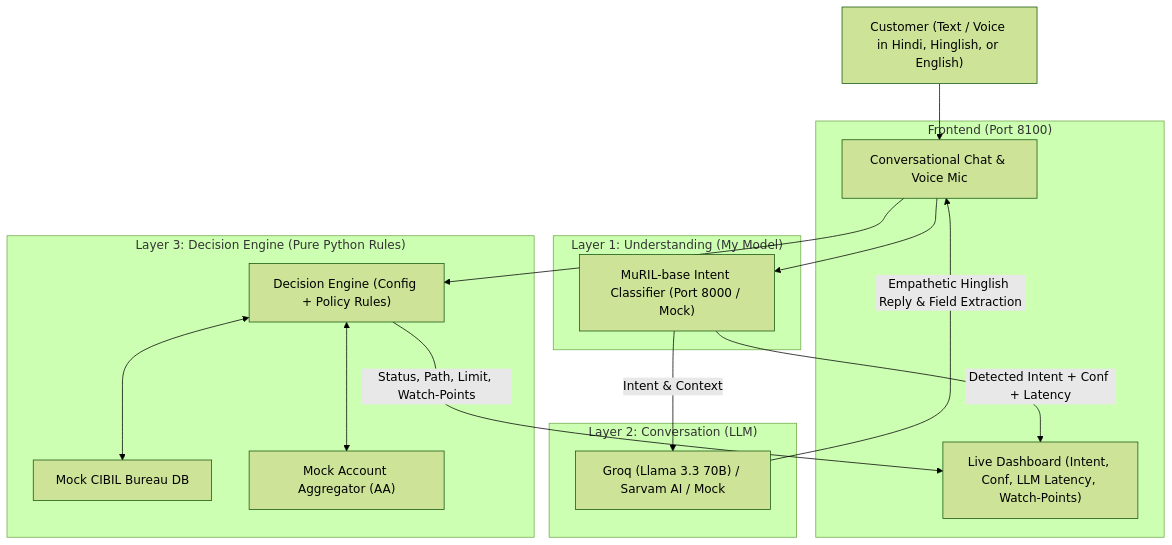
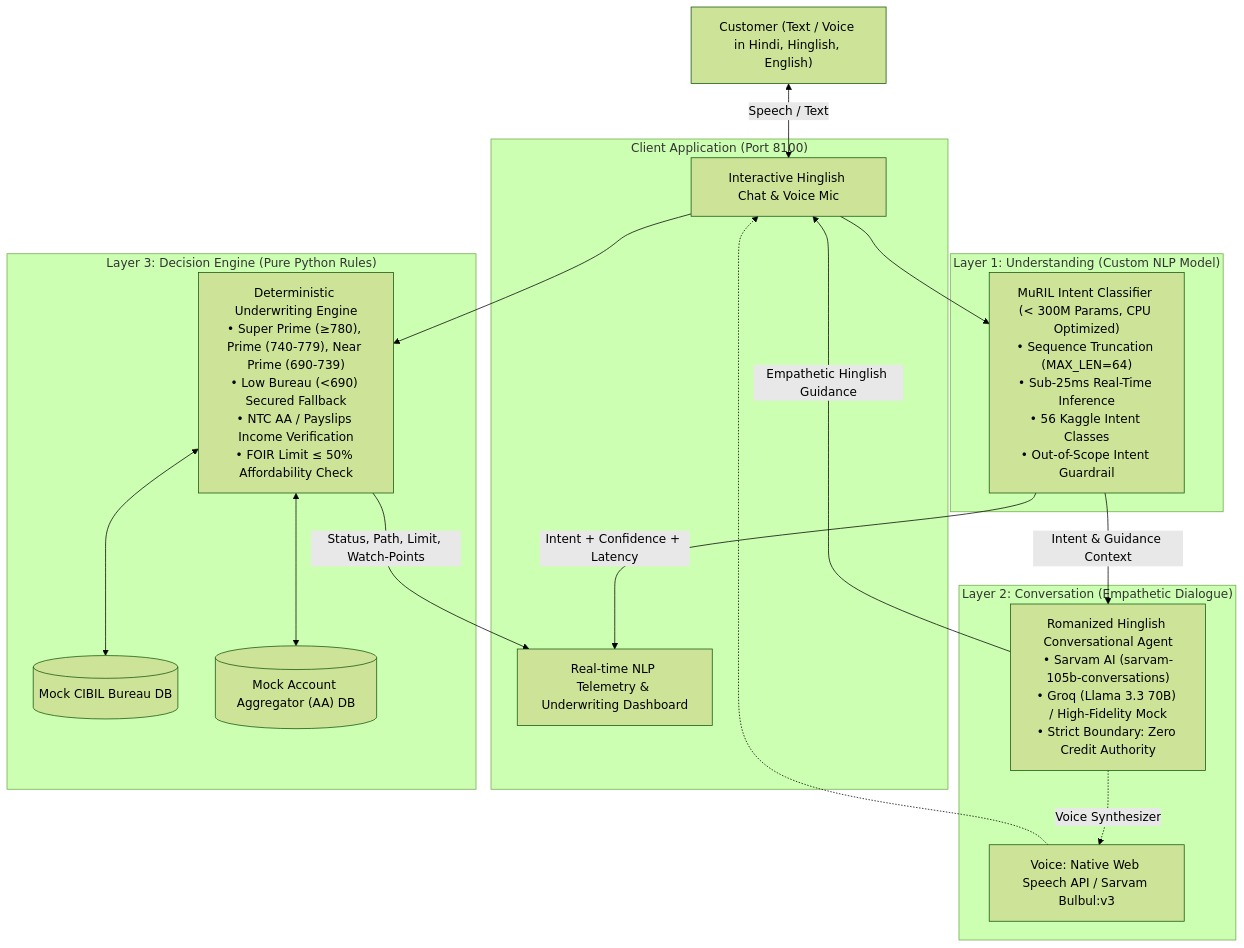
Before and after one commit to Jihaan-Jain/Anvesham: the diagram in README.md, drawn with Mermaid (forest theme). The commit also changed other lines of this file, not shown here.

Commit message:
docs: highlight custom NLP model utility and architectural value in README

````diff
--- a/README.md
+++ b/README.md
@@ -11,33 +23,35 @@
 ```mermaid
 flowchart TD
-    User["Customer (Text / Voice in Hindi, Hinglish, or English)"]
+    User["Customer (Text / Voice in Hindi, Hinglish, English)"]
     
-    subgraph UI ["Frontend (Port 8100)"]
-        ChatPane["Conversational Chat & Voice Mic"]
-        DashPane["Live Dashboard (Intent, Conf, LLM Latency, Watch-Points)"]
+    subgraph UI ["Client Application (Port 8100)"]
+        ChatPane["Interactive Hinglish Chat & Voice Mic"]
+        LiveDash["Real-time NLP Telemetry & Underwriting Dashboard"]
     end
 
-    subgraph Understanding ["Layer 1: Understanding (My Model)"]
-        IntentService["MuRIL-base Intent Classifier (Port 8000 / Mock)"]
+    subgraph Layer1 ["Layer 1: Understanding (Custom NLP Model)"]
+        NLPService["MuRIL Intent Classifier (< 300M Params, CPU Optimized)<br>• Sequence Truncation (MAX_LEN=64)<br>• Sub-25ms Real-Time Inference<br>• 56 Kaggle Intent Classes<br>• Out-of-Scope Intent Guardrail"]
     end
 
-    subgraph Conversation ["Layer 2: Conversation (LLM)"]
-        LLMProvider["Groq (Llama 3.3 70B) / Sarvam AI / Mock"]
+    subgraph Layer2 ["Layer 2: Conversation (Empathetic Dialogue)"]
+        LLMProvider["Romanized Hinglish Conversational Agent<br>• Sarvam AI (sarvam-105b-conversations)<br>• Groq (Llama 3.3 70B) / High-Fidelity Mock<br>• Strict Boundary: Zero Credit Authority"]
+        VoiceIO["Voice: Native Web Speech API / Sarvam Bulbul:v3"]
     end
 
-    subgraph Decision ["Layer 3: Decision Engine (Pure Python Rules)"]
-        RulesEngine["Decision Engine (Config + Policy Rules)"]
-        MockBureau["Mock CIBIL Bureau DB"]
-        MockAA["Mock Account Aggregator (AA)"]
+    subgraph Layer3 ["Layer 3: Decision Engine (Pure Python Rules)"]
+        RulesEngine["Deterministic Underwriting Engine<br>• Super Prime (≥780), Prime (740-779), Near Prime (690-739)<br>• Low Bureau (<690) Secured Fallback<br>• NTC AA / Payslips Income Verification<br>• FOIR Limit ≤ 50% Affordability Check"]
+        MockBureau[("Mock CIBIL Bureau DB")]
+        MockAA[("Mock Account Aggregator (AA) DB")]
     end
 
-    User --> ChatPane
-    ChatPane --> IntentService
-    IntentService -->|Detected Intent + Conf + Latency| DashPane
-    IntentService -->|Intent & Context| LLMProvider
-    LLMProvider -->|Empathetic Hinglish Reply & Field Extraction| ChatPane
+    User <-->|Speech / Text| ChatPane
+    ChatPane --> NLPService
+    NLPService -->|Intent + Confidence + Latency| LiveDash
+    NLPService -->|Intent & Guidance Context| LLMProvider
+    LLMProvider -->|Empathetic Hinglish Guidance| ChatPane
+    LLMProvider -.->|Voice Synthesizer| VoiceIO -.-> ChatPane
     ChatPane --> RulesEngine
     RulesEngine <--> MockBureau
     RulesEngine <--> MockAA
-    RulesEngine -->|Status, Path, Limit, Watch-Points| DashPane
+    RulesEngine -->|Status, Path, Limit, Watch-Points| LiveDash
 ```
````
